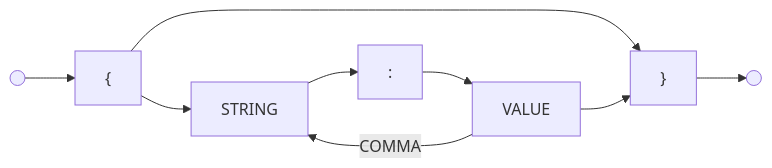
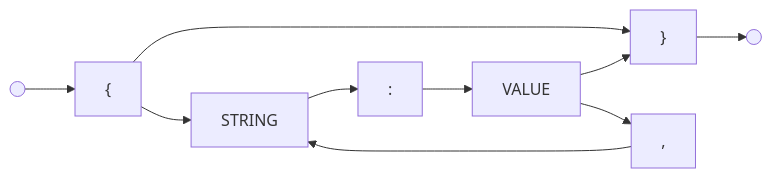
The second of 6 diagrams in json_grammar.md (e66head/json-parser), drawn with Mermaid before and after one commit. The commit also changed other lines of this file and 9 other files, not shown here.

````diff
--- a/json_grammar.md
+++ b/json_grammar.md
@@ -58,8 +116,8 @@
 ```mermaid
 graph LR
     Start(( )) --> LBRACE["{"]
     LBRACE --> RBRACE["}"] --> End(( ))
     LBRACE --> KEY[STRING] --> COLON[":"] --> VAL[VALUE]
     VAL --> RBRACE
-    VAL -- COMMA --> KEY
+    VAL --> COMMA[","] --> KEY
 ```
````
